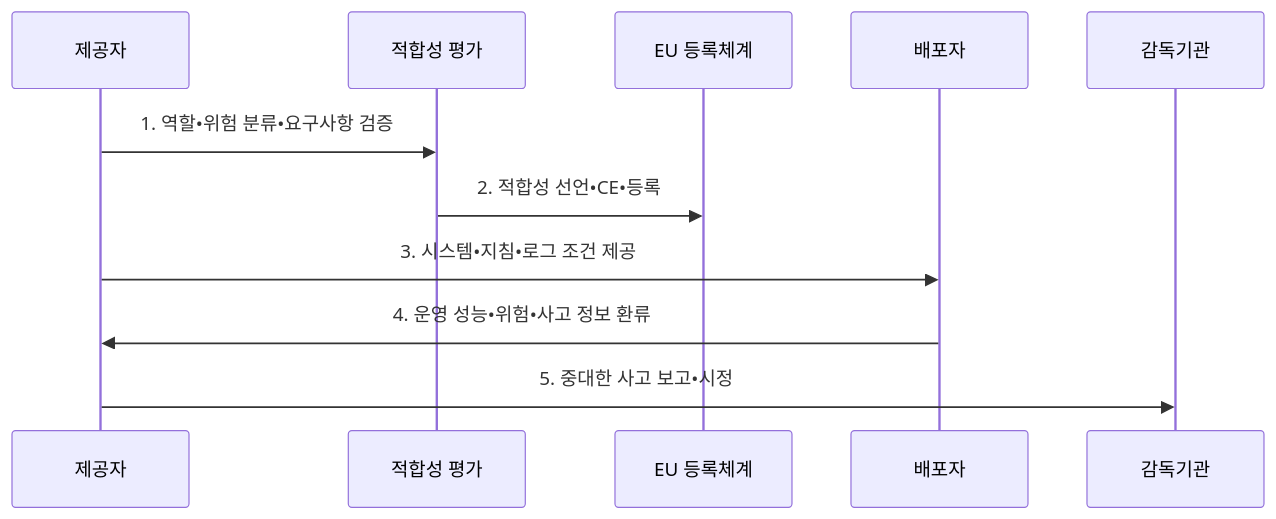
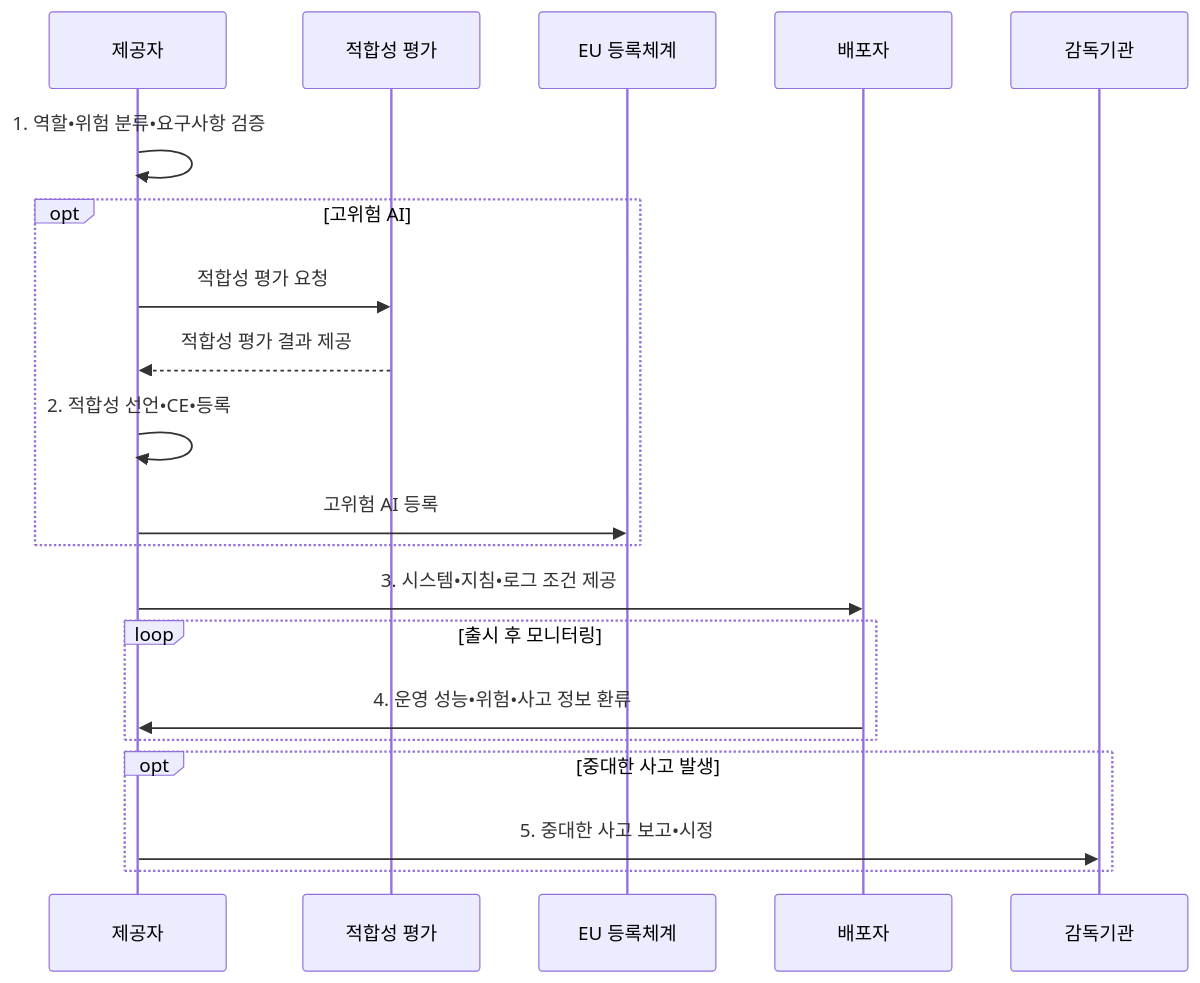
The second of 2 diagrams in src/content/docs/notes/07-law-policy/033_eu_ai_act.md (agnusdei1207/knowledge-base), drawn with Mermaid before and after one commit. The commit also changed other lines of this file and 20 other files, not shown here.

````diff
--- a/src/content/docs/notes/07-law-policy/033_eu_ai_act.md
+++ b/src/content/docs/notes/07-law-policy/033_eu_ai_act.md
@@ -112,13 +112,22 @@
 ```mermaid
 sequenceDiagram
     participant P as 제공자
     participant C as 적합성 평가
     participant R as EU 등록체계
     participant U as 배포자
     participant A as 감독기관
-    P->>C: 1. 역할•위험 분류•요구사항 검증
-    C->>R: 2. 적합성 선언•CE•등록
+    P->>P: 1. 역할•위험 분류•요구사항 검증
+    opt 고위험 AI
+        P->>C: 적합성 평가 요청
+        C-->>P: 적합성 평가 결과 제공
+        P->>P: 2. 적합성 선언•CE•등록
+        P->>R: 고위험 AI 등록
+    end
     P->>U: 3. 시스템•지침•로그 조건 제공
-    U->>P: 4. 운영 성능•위험•사고 정보 환류
-    P->>A: 5. 중대한 사고 보고•시정
+    loop 출시 후 모니터링
+        U->>P: 4. 운영 성능•위험•사고 정보 환류
+    end
+    opt 중대한 사고 발생
+        P->>A: 5. 중대한 사고 보고•시정
+    end
 ```
````
